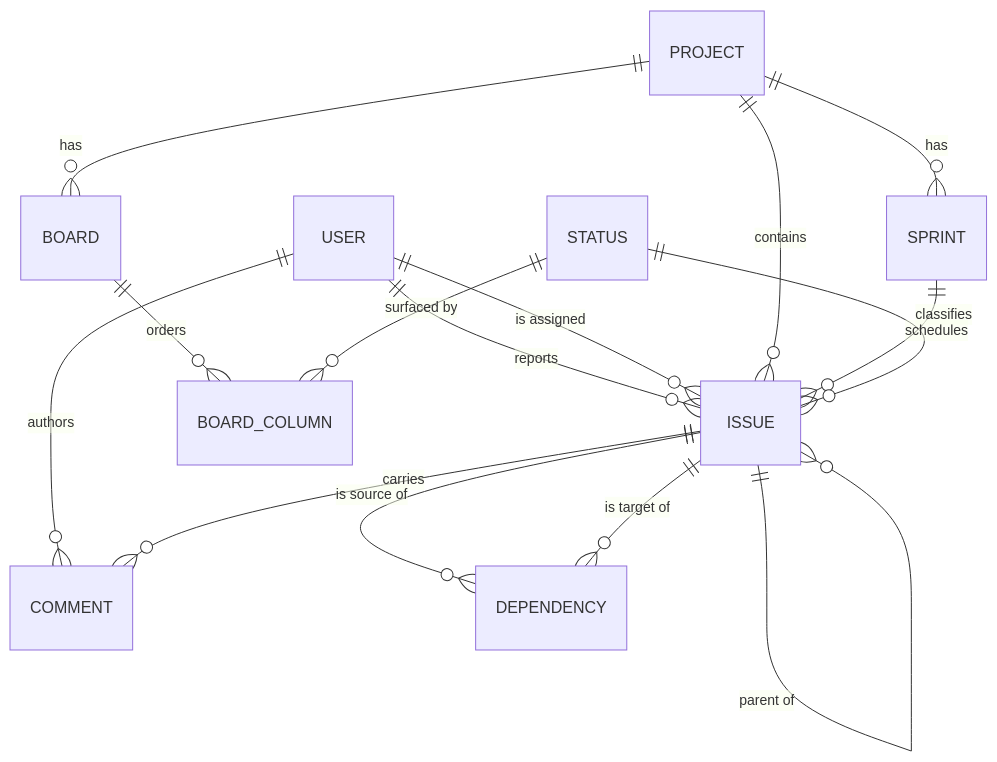
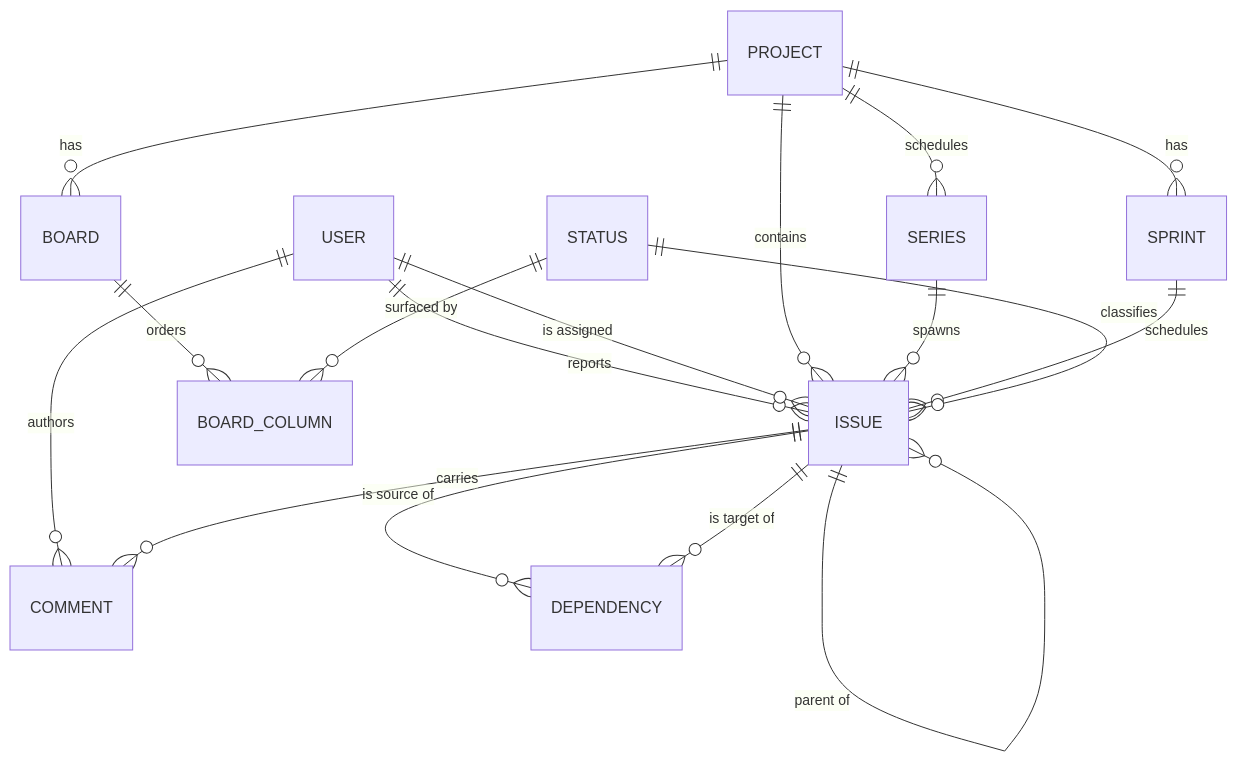
One commit to Mathotics/Keel changed the diagram in docs/architecture/domain-model.md. Above: the diagram before and after it, drawn with Mermaid. The commit also changed other lines of this file and 40 other files, not shown here.

````diff
--- a/docs/architecture/domain-model.md
+++ b/docs/architecture/domain-model.md
@@ -9,21 +9,23 @@
 ```mermaid
 erDiagram
   USER ||--o{ ISSUE : "reports"
   USER ||--o{ ISSUE : "is assigned"
   USER ||--o{ COMMENT : "authors"
 
   PROJECT ||--o{ ISSUE : "contains"
   PROJECT ||--o{ BOARD : "has"
   PROJECT ||--o{ SPRINT : "has"
+  PROJECT ||--o{ SERIES : "schedules"
+  SERIES ||--o{ ISSUE : "spawns"
 
   ISSUE ||--o{ ISSUE : "parent of"
   SPRINT ||--o{ ISSUE : "schedules"
   STATUS ||--o{ ISSUE : "classifies"
   ISSUE ||--o{ COMMENT : "carries"
 
   BOARD ||--o{ BOARD_COLUMN : "orders"
   STATUS ||--o{ BOARD_COLUMN : "surfaced by"
 
   ISSUE ||--o{ DEPENDENCY : "is source of"
   ISSUE ||--o{ DEPENDENCY : "is target of"
 ```
````
